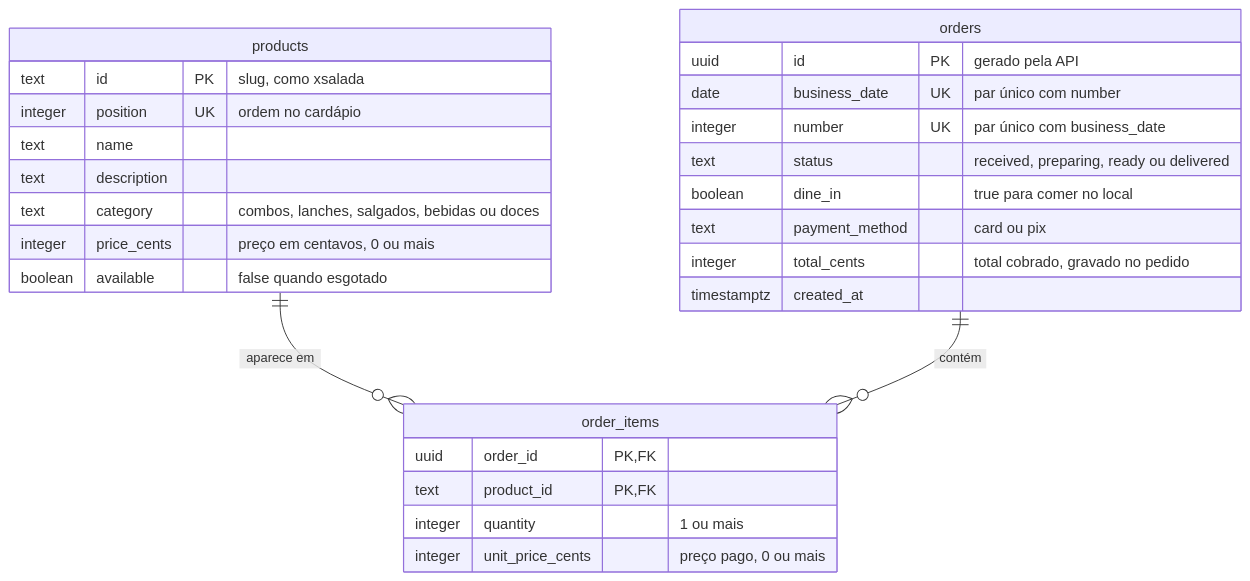
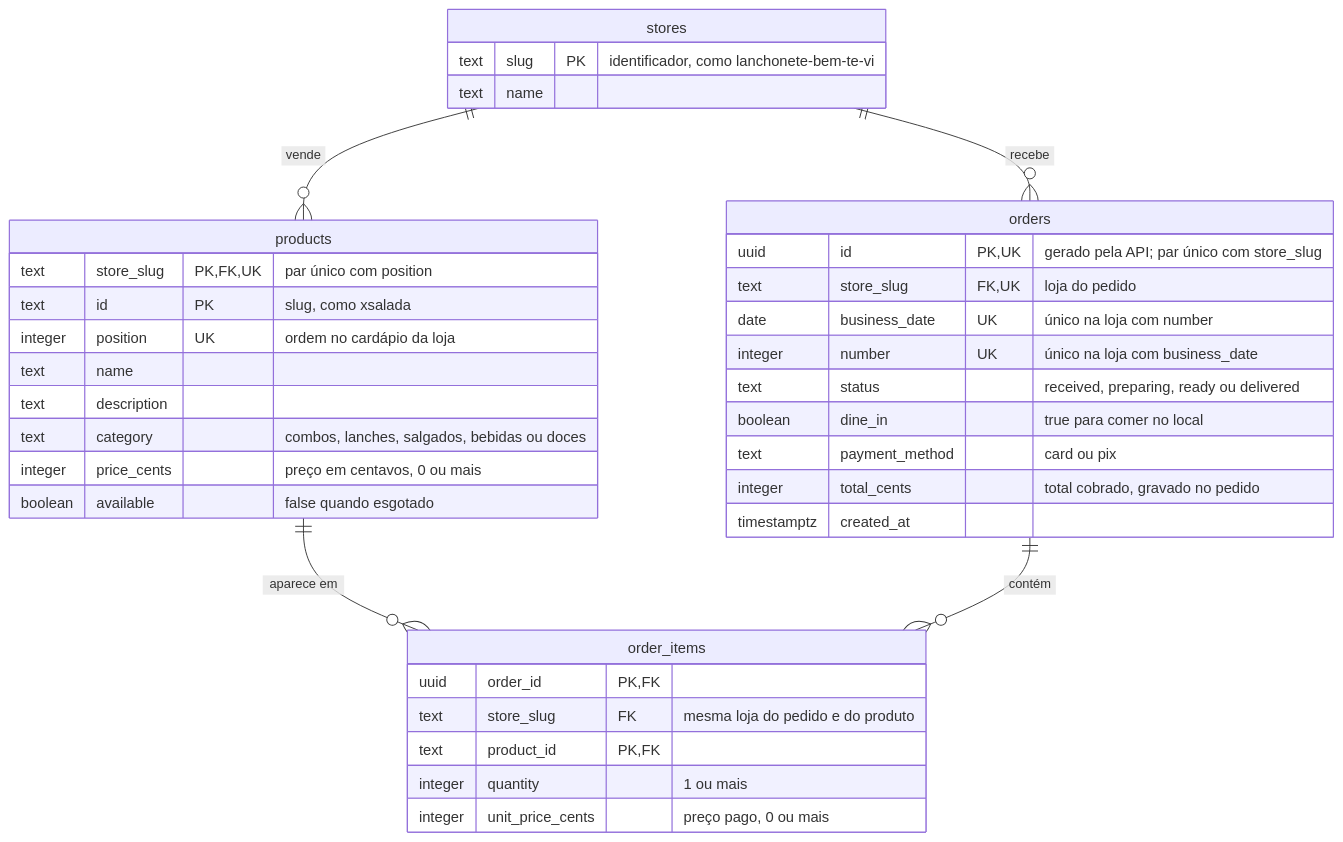
The diagram in docs/banco-de-dados.md (kaualimadesouza/EI), drawn with Mermaid before and after one commit. The commit also changed other lines of this file and 60 other files, not shown here.

First line of the commit message:
feat: load store menu and scope phone orders to the scanned store (#49)

````diff
--- a/docs/banco-de-dados.md
+++ b/docs/banco-de-dados.md
@@ -9,35 +9,45 @@
 ```mermaid
 %%{init: {"htmlLabels": false}}%%
 %% htmlLabels off: labels render as SVG text, not HTML boxes that can clip
 erDiagram
+    stores ||--o{ products : "vende"
+    stores ||--o{ orders : "recebe"
     products ||--o{ order_items : "aparece em"
     orders ||--o{ order_items : "contém"
 
+    stores {
+        text slug PK "identificador, como lanchonete-bem-te-vi"
+        text name
+    }
+
     products {
+        text store_slug PK, FK, UK "par único com position"
         text id PK "slug, como xsalada"
-        integer position UK "ordem no cardápio"
+        integer position UK "ordem no cardápio da loja"
         text name
         text description
         text category "combos, lanches, salgados, bebidas ou doces"
         integer price_cents "preço em centavos, 0 ou mais"
         boolean available "false quando esgotado"
     }
 
     orders {
-        uuid id PK "gerado pela API"
-        date business_date UK "par único com number"
-        integer number UK "par único com business_date"
+        uuid id PK, UK "gerado pela API; par único com store_slug"
+        text store_slug FK, UK "loja do pedido"
+        date business_date UK "único na loja com number"
+        integer number UK "único na loja com business_date"
         text status "received, preparing, ready ou delivered"
         boolean dine_in "true para comer no local"
         text payment_method "card ou pix"
         integer total_cents "total cobrado, gravado no pedido"
         timestamptz created_at
     }
 
     order_items {
         uuid order_id PK, FK
+        text store_slug FK "mesma loja do pedido e do produto"
         text product_id PK, FK
         integer quantity "1 ou mais"
         integer unit_price_cents "preço pago, 0 ou mais"
     }
 ```
````
